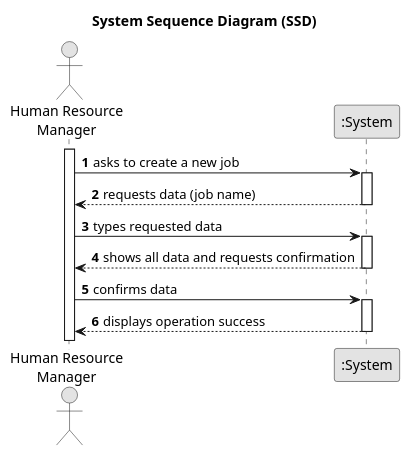
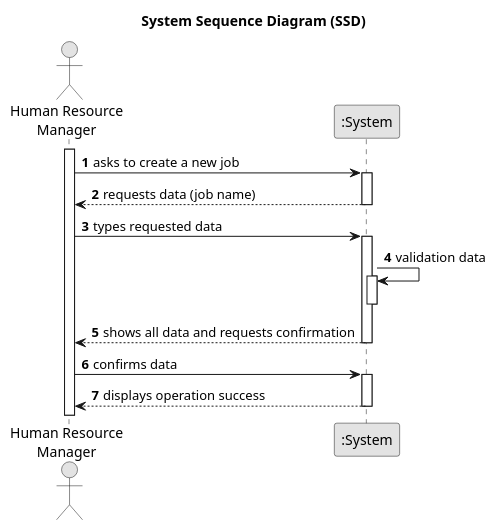
Before and after one commit to yusufyilmaz00/Integral-Project-ISEP: the diagram in docs/sprintB/us02/01.requirements-engineering/puml/us02-system-sequence-diagram.puml, drawn with PlantUML. The commit also changed 1 other file, not shown here.

Commit message:
update sequence diagram

```diff
--- a/docs/sprintB/us02/01.requirements-engineering/puml/us02-system-sequence-diagram.puml
+++ b/docs/sprintB/us02/01.requirements-engineering/puml/us02-system-sequence-diagram.puml
@@ -1,33 +1,37 @@
 @startuml
 skinparam monochrome true
 skinparam packageStyle rectangle
 skinparam shadowing false
 
 title System Sequence Diagram (SSD)
 
 autonumber
 
 actor "Human Resource\nManager" as Manager
 participant ":System" as System
 
 activate Manager
 
     Manager -> System : asks to create a new job
     activate System
 
         System --> Manager : requests data (job name)
     deactivate System
 
     Manager -> System : types requested data
     activate System
 
+    System -> System : validation data
+    activate System
+    deactivate System
+
     System --> Manager : shows all data and requests confirmation
     deactivate System
 
     Manager -> System : confirms data
     activate System
 
         System --> Manager : displays operation success
     deactivate System
 
 @enduml
```
